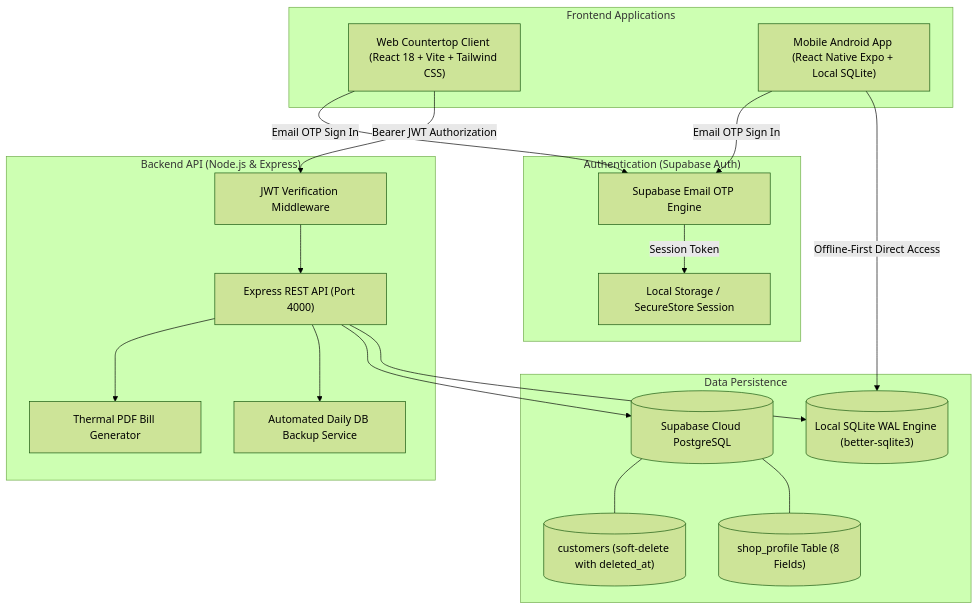
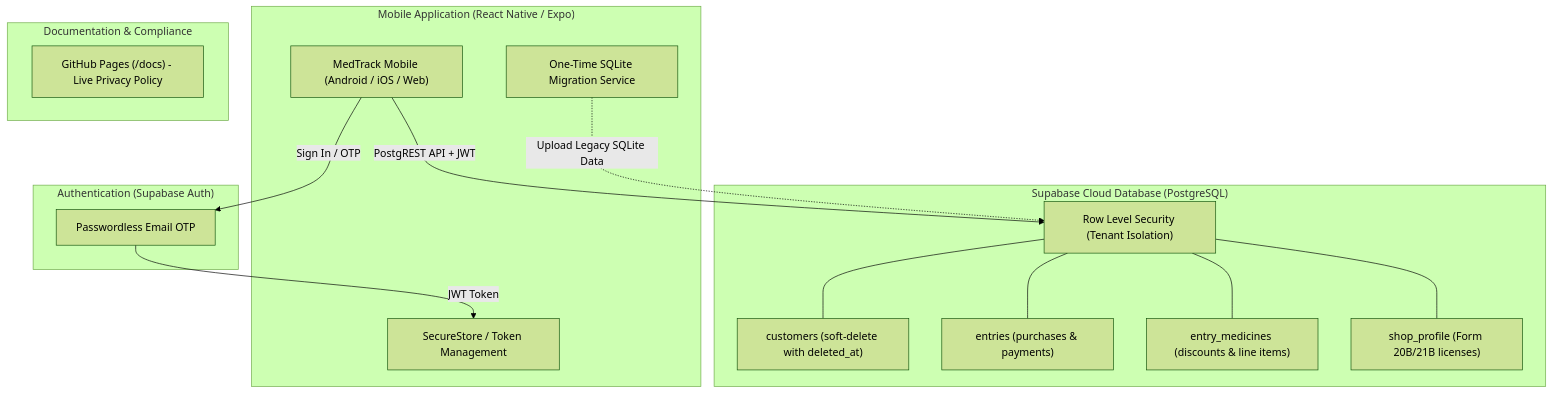
The diagram in README.md (RamaVenkataCharan/medtrack), drawn with Mermaid (forest theme) before and after one commit. The commit also changed other lines of this file and 79 other files, not shown here.

Commit message:
Clean repository: retain mobile application and docs, migrate to Supabase

````diff
--- a/README.md
+++ b/README.md
@@ -9,39 +9,33 @@
 ```mermaid
 graph TD
-    subgraph Clients["Frontend Applications"]
-        Web["Web Countertop Client (React 18 + Vite + Tailwind CSS)"]
-        Mobile["Mobile Android App (React Native Expo + Local SQLite)"]
+    subgraph Client["Mobile Application (React Native / Expo)"]
+        MobileApp["MedTrack Mobile (Android / iOS / Web)"]
+        SecureStore["SecureStore / Token Management"]
+        LocalMigration["One-Time SQLite Migration Service"]
     end
 
-    subgraph AuthLayer["Authentication (Supabase Auth)"]
-        SupabaseAuth["Supabase Email OTP Engine"]
-        SessionStore["Local Storage / SecureStore Session"]
+    subgraph Auth["Authentication (Supabase Auth)"]
+        EmailOTP["Passwordless Email OTP"]
     end
 
-    subgraph ServerLayer["Backend API (Node.js & Express)"]
-        APIRouter["Express REST API (Port 4000)"]
-        AuthGuard["JWT Verification Middleware"]
-        PDFKit["Thermal PDF Bill Generator"]
-        BackupService["Automated Daily DB Backup Service"]
+    subgraph CloudDB["Supabase Cloud Database (PostgreSQL)"]
+        RLS["Row Level Security (Tenant Isolation)"]
+        Customers["customers (soft-delete with deleted_at)"]
+        Entries["entries (purchases & payments)"]
+        EntryMedicines["entry_medicines (discounts & line items)"]
+        ShopProfile["shop_profile (Form 20B/21B licenses)"]
     end
 
-    subgraph DatabaseLayer["Data Persistence"]
-        PostgresDB[("Supabase Cloud PostgreSQL")]
-        SQLiteDB[("Local SQLite WAL Engine (better-sqlite3)")]
-        ShopProfileTab[("shop_profile Table (8 Fields)")]
-        CustomersTab[("customers (soft-delete with deleted_at)")]
+    subgraph Compliance["Documentation & Compliance"]
+        GHPages["GitHub Pages (/docs) - Live Privacy Policy"]
     end
 
-    Web -->|"Email OTP Sign In"| SupabaseAuth
-    Mobile -->|"Email OTP Sign In"| SupabaseAuth
-    SupabaseAuth -->|"Session Token"| SessionStore
-    Web -->|"Bearer JWT Authorization"| AuthGuard
-    AuthGuard --> APIRouter
-    APIRouter --> PDFKit
-    APIRouter --> BackupService
-    APIRouter --> PostgresDB
-    APIRouter --> SQLiteDB
-    Mobile -->|"Offline-First Direct Access"| SQLiteDB
-    PostgresDB --- CustomersTab
-    PostgresDB --- ShopProfileTab
+    MobileApp -->|"Sign In / OTP"| EmailOTP
+    EmailOTP -->|"JWT Token"| SecureStore
+    MobileApp -->|"PostgREST API + JWT"| RLS
+    RLS --- Customers
+    RLS --- Entries
+    RLS --- EntryMedicines
+    RLS --- ShopProfile
+    LocalMigration -.->|"Upload Legacy SQLite Data"| RLS
 ```
````
